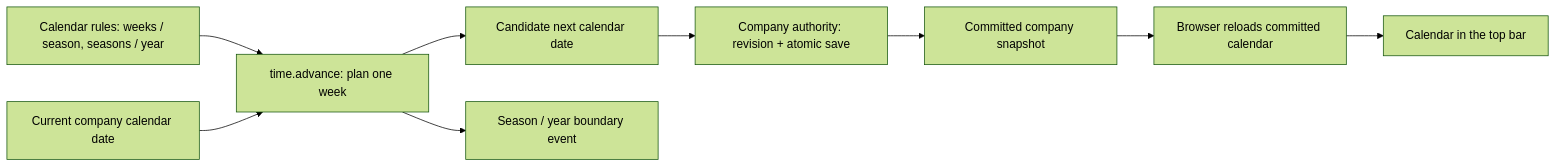
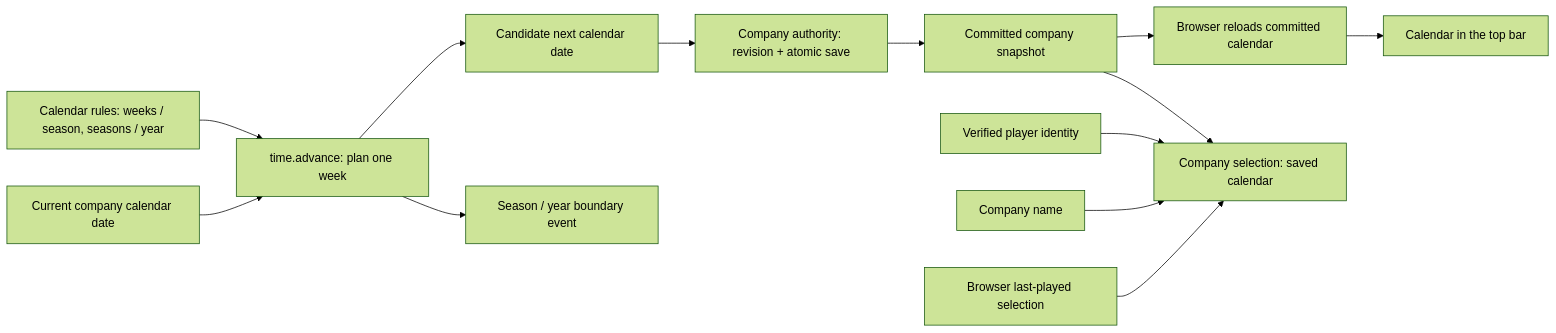
The diagram in docs/WorkingDocs/VariableRelationshipMap.md (gram12321/winemaker05), drawn with Mermaid (forest theme) before and after one commit. The commit also changed other lines of this file and 20 other files, not shown here.

````diff
--- a/docs/WorkingDocs/VariableRelationshipMap.md
+++ b/docs/WorkingDocs/VariableRelationshipMap.md
@@ -18,11 +18,15 @@
 ```mermaid
 flowchart LR
   RULES["Calendar rules: weeks / season, seasons / year"] --> ADVANCE["time.advance: plan one week"]
   DATE["Current company calendar date"] --> ADVANCE
   ADVANCE --> NEXT["Candidate next calendar date"]
   ADVANCE --> BOUNDARY["Season / year boundary event"]
   NEXT --> COMMIT["Company authority: revision + atomic save"]
   COMMIT --> SNAPSHOT["Committed company snapshot"]
   SNAPSHOT --> CLIENT["Browser reloads committed calendar"]
   CLIENT --> VIEW["Calendar in the top bar"]
+  SNAPSHOT --> LIST["Company selection: saved calendar"]
+  OWNER["Verified player identity"] --> LIST
+  NAME["Company name"] --> LIST
+  LOCAL["Browser last-played selection"] --> LIST
 ```
````
